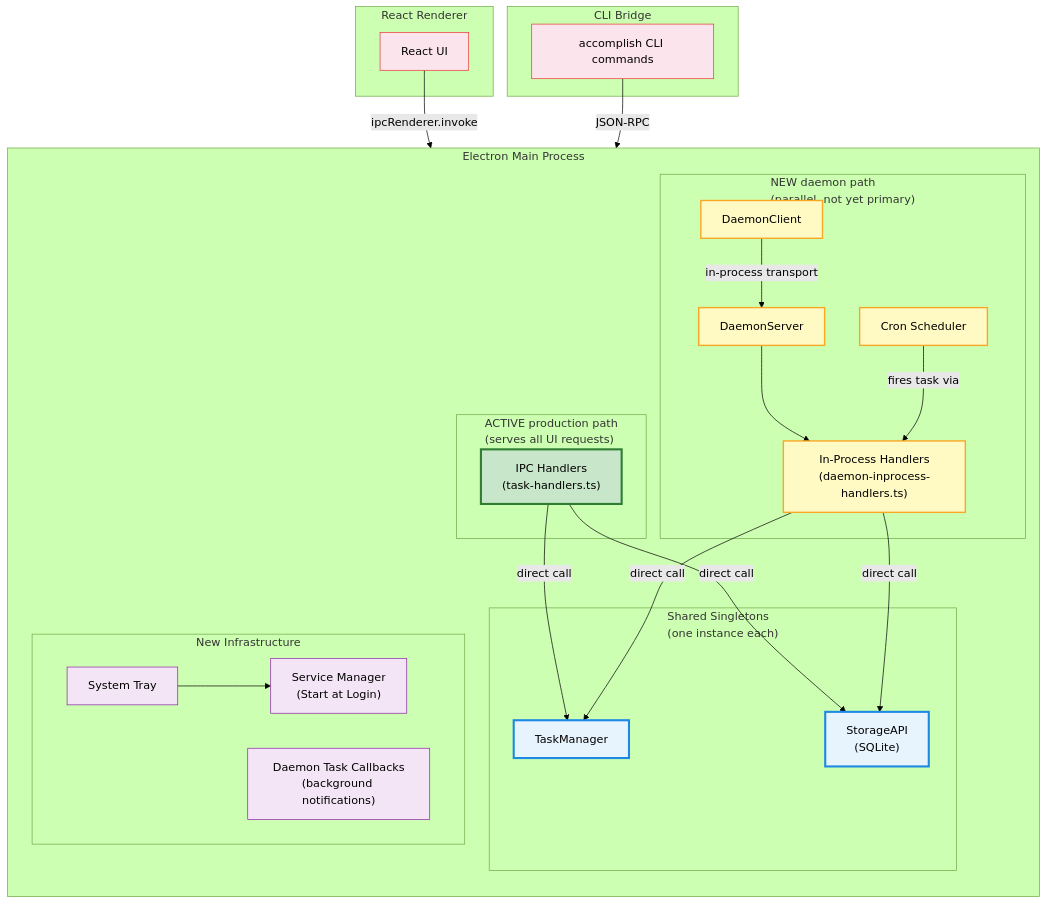
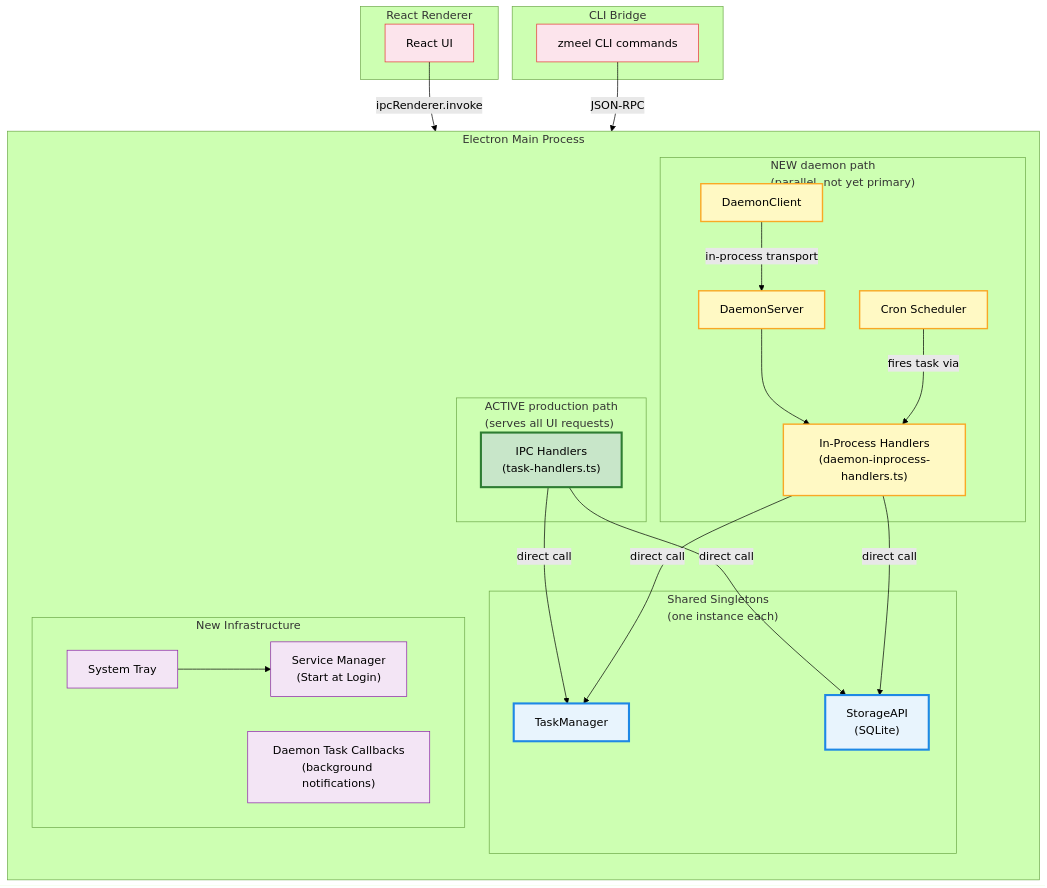
One commit to samskipsai/zmeelv60 changed the second of 9 diagrams in docs/daemon-architecture.md. Above: the diagram before and after it, drawn with Mermaid (forest theme). The commit also changed other lines of this file and 520 other files, not shown here.

First line of the commit message:
rebrand: Accomplish -> Zmeel Desktop

````diff
--- a/docs/daemon-architecture.md
+++ b/docs/daemon-architecture.md
@@ -57,66 +57,66 @@
 ```mermaid
 graph TB
     subgraph MAIN_PROCESS["Electron Main Process"]
         direction TB
 
         subgraph ACTIVE["ACTIVE production path<br/>(serves all UI requests)"]
             IPC_H["IPC Handlers<br/>(task-handlers.ts)"]
         end
 
         subgraph DAEMON_PATH["NEW daemon path<br/>(parallel, not yet primary)"]
             D_SERVER["DaemonServer"]
             D_CLIENT["DaemonClient"]
             D_HANDLERS["In-Process Handlers<br/>(daemon-inprocess-handlers.ts)"]
             SCHEDULER["Cron Scheduler"]
         end
 
         subgraph SINGLETONS["Shared Singletons<br/>(one instance each)"]
             TM["TaskManager"]
             STORAGE["StorageAPI<br/>(SQLite)"]
         end
 
         subgraph NEW_INFRA["New Infrastructure"]
             TRAY["System Tray"]
             SVC_MGR["Service Manager<br/>(Start at Login)"]
             DAEMON_CB["Daemon Task Callbacks<br/>(background notifications)"]
         end
     end
 
     subgraph RENDERER["React Renderer"]
         UI["React UI"]
     end
 
     subgraph CLI_BRIDGE["CLI Bridge"]
-        CLI["accomplish CLI commands"]
+        CLI["zmeel CLI commands"]
     end
 
     %% Active path: UI → IPC → singletons directly
     UI -->|"ipcRenderer.invoke"| IPC_H
     IPC_H -->|"direct call"| TM
     IPC_H -->|"direct call"| STORAGE
 
     %% Daemon path: CLI → DaemonClient → DaemonServer → singletons
     CLI -->|"JSON-RPC"| D_CLIENT
     D_CLIENT -->|"in-process transport"| D_SERVER
     D_SERVER --> D_HANDLERS
     D_HANDLERS -->|"direct call"| TM
     D_HANDLERS -->|"direct call"| STORAGE
 
     %% Scheduler uses daemon path
     SCHEDULER -->|"fires task via"| D_HANDLERS
 
     %% Tray
     TRAY --> SVC_MGR
 
     classDef active fill:#c8e6c9,stroke:#2e7d32,stroke-width:3px
     classDef daemon fill:#fff9c4,stroke:#f9a825,stroke-width:2px
     classDef shared fill:#e8f4fd,stroke:#1e88e5,stroke-width:3px
     classDef infra fill:#f3e5f5,stroke:#8e24aa
     classDef external fill:#fce4ec,stroke:#e53935
 
     class IPC_H active
     class D_SERVER,D_CLIENT,D_HANDLERS,SCHEDULER daemon
     class TM,STORAGE shared
     class TRAY,SVC_MGR,DAEMON_CB infra
     class UI,CLI external
 ```
````
